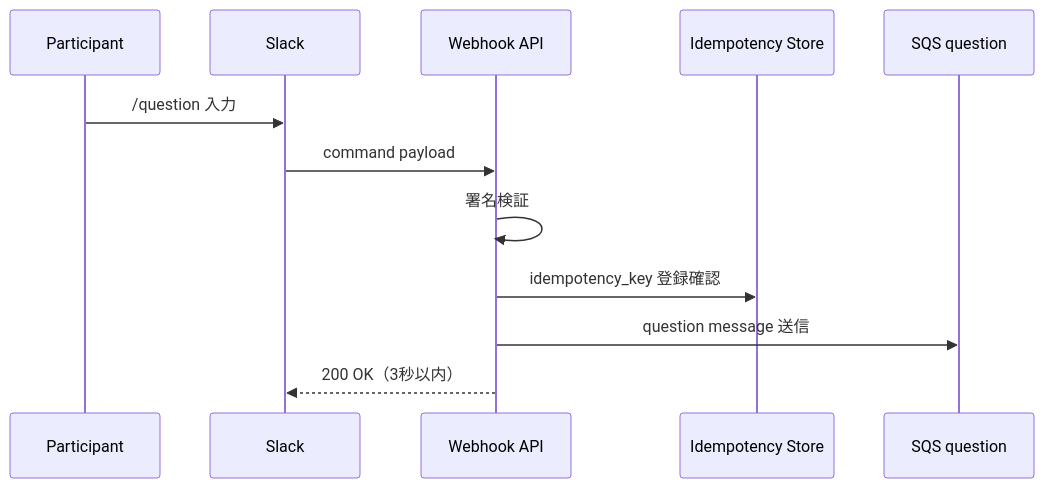
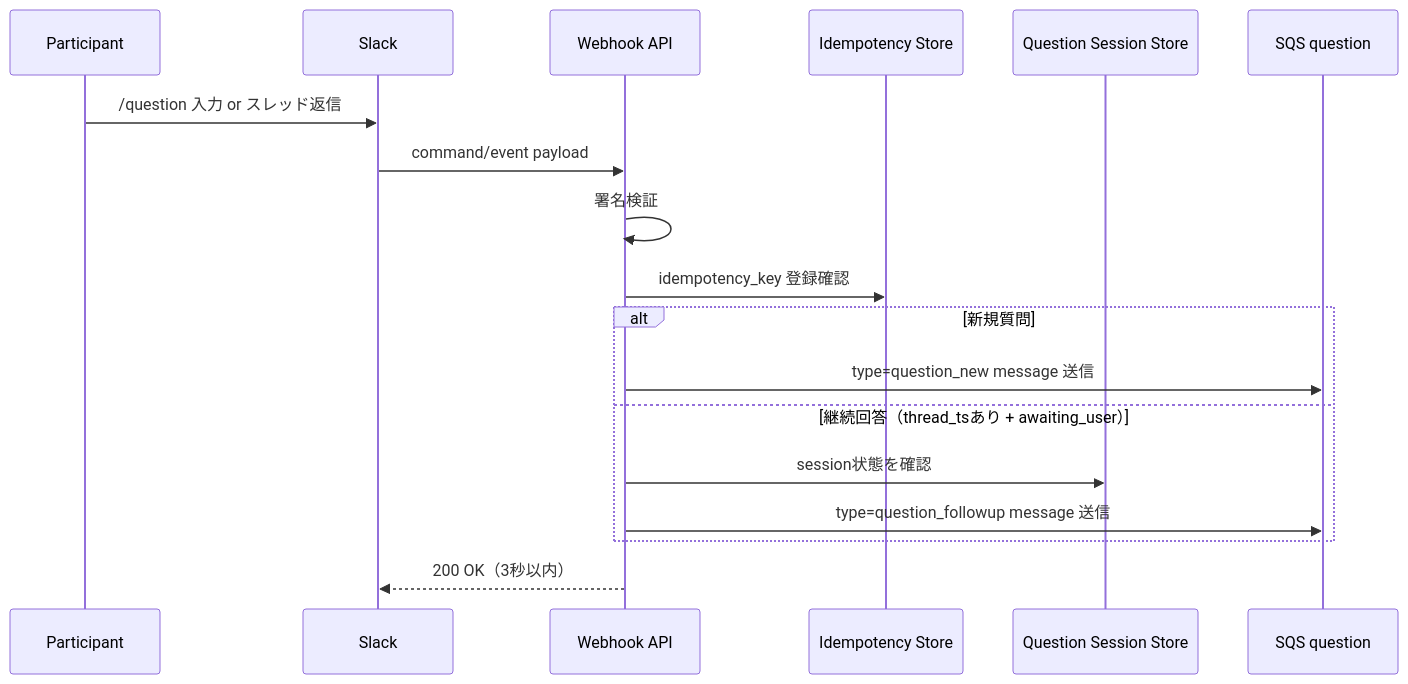
Before and after one commit to Asheze1127/progress-checker: the fifth of 10 diagrams in docs/details/process-flow.md, drawn with Mermaid. The commit also changed other lines of this file, not shown here.

Commit message:
update question section logic

````diff
--- a/docs/details/process-flow.md
+++ b/docs/details/process-flow.md
@@ -105,15 +113,23 @@
 ```mermaid
 sequenceDiagram
     participant User as Participant
     participant Slack as Slack
     participant API as Webhook API
     participant IDS as Idempotency Store
+    participant QSS as Question Session Store
     participant SQSQ as SQS question
 
-    User->>Slack: /question 入力
-    Slack->>API: command payload
+    User->>Slack: /question 入力 or スレッド返信
+    Slack->>API: command/event payload
     API->>API: 署名検証
     API->>IDS: idempotency_key 登録確認
-    API->>SQSQ: question message 送信
+
+    alt 新規質問
+        API->>SQSQ: type=question_new message 送信
+    else 継続回答（thread_tsあり + awaiting_user）
+        API->>QSS: session状態を確認
+        API->>SQSQ: type=question_followup message 送信
+    end
+
     API-->>Slack: 200 OK（3秒以内）
 ```
````
